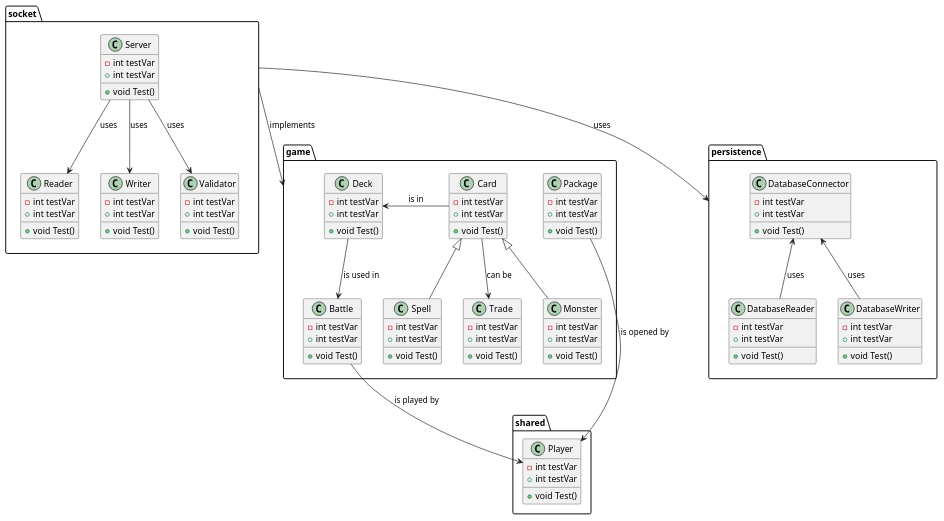
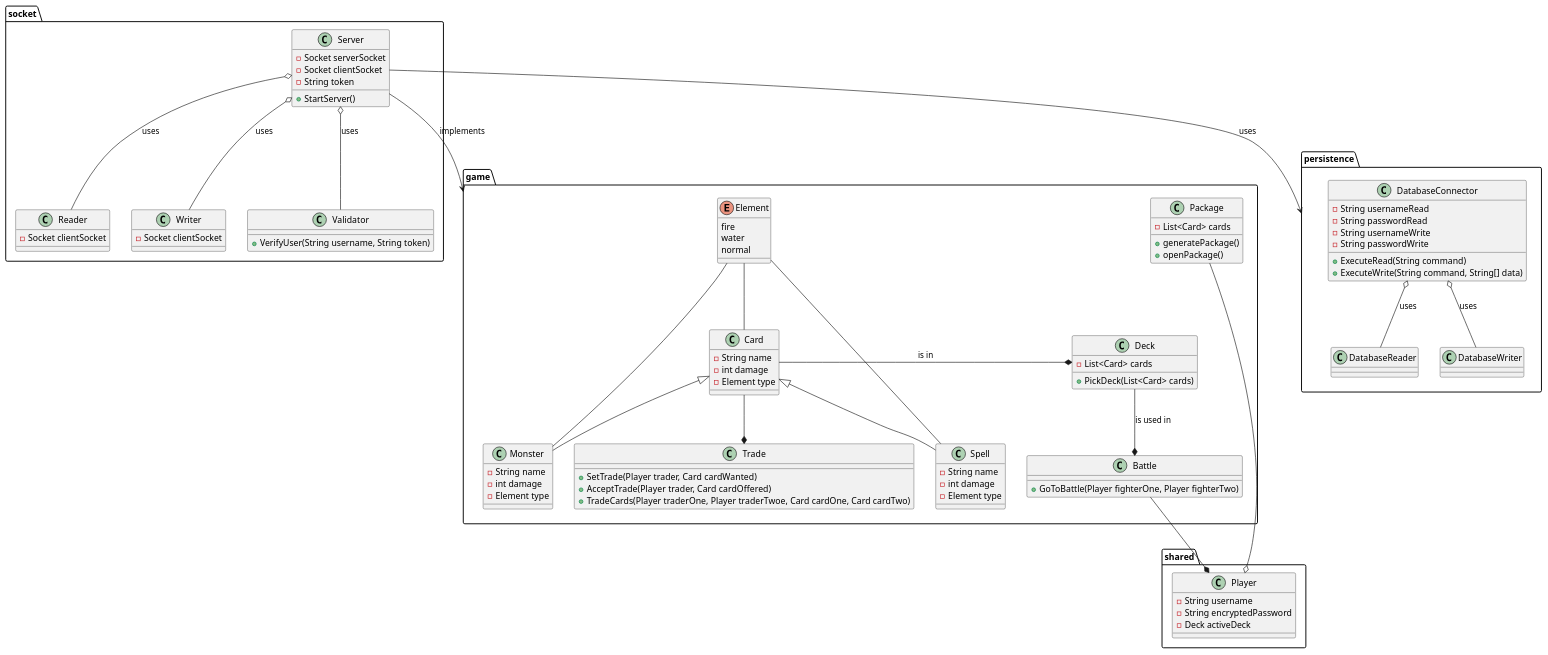
One commit to if23b126/SEM3_SWEN_MCTG changed the diagram in Klassendiagramm.puml. Above: the diagram before and after it, drawn with PlantUML. The commit also changed 1 other file, not shown here.

Commit message:
finished first draft for the class diagram

```diff
--- a/Klassendiagramm.puml
+++ b/Klassendiagramm.puml
@@ -1,118 +1,123 @@
 @startuml
 ' Defining all classes
+enum game.Element{
+    fire
+    water
+    normal
+}
+
 class game.Monster{
-    - int testVar
-    + int testVar
-    + void Test()
+    - String name
+    - int damage
+    - Element type
 }
 
 class game.Spell{
-    - int testVar
-    + int testVar
-    + void Test()
+    - String name
+    - int damage
+    - Element type
 }
 
 class game.Card{
-    - int testVar
-    + int testVar
-    + void Test()
+    - String name
+    - int damage
+    - Element type
 }
 
 class game.Package{
-    - int testVar
-    + int testVar
-    + void Test()
+    - List<Card> cards
+
+    + generatePackage()
+    + openPackage()
 }
 
 class game.Deck{
-    - int testVar
-    + int testVar
-    + void Test()
+    - List<Card> cards
+
+    + PickDeck(List<Card> cards)
 }
 
 class game.Battle{
-    - int testVar
-    + int testVar
-    + void Test()
+    + GoToBattle(Player fighterOne, Player fighterTwo)
 }
 
 class game.Trade{
-    - int testVar
-    + int testVar
-    + void Test()
+    + SetTrade(Player trader, Card cardWanted)
+    + AcceptTrade(Player trader, Card cardOffered)
+    + TradeCards(Player traderOne, Player traderTwoe, Card cardOne, Card cardTwo)
 }
 
 
 class shared.Player{
-    - int testVar
-    + int testVar
-    + void Test()
+    - String username
+    - String encryptedPassword
+    - Deck activeDeck
 }
 
 class socket.Server{
-    - int testVar
-    + int testVar
-    + void Test()
+    - Socket serverSocket
+    - Socket clientSocket
+    - String token
+
+    + StartServer()
 }
 
 class socket.Reader{
-    - int testVar
-    + int testVar
-    + void Test()
+    - Socket clientSocket
 }
 
 class socket.Writer{
-    - int testVar
-    + int testVar
-    + void Test()
+    - Socket clientSocket
 }
 
 class socket.Validator{
-    - int testVar
-    + int testVar
-    + void Test()
+    + VerifyUser(String username, String token)
 }
 
 class persistence.DatabaseConnector {
-    - int testVar
-    + int testVar
-    + void Test()
+    - String usernameRead
+    - String passwordRead
+    - String usernameWrite
+    - String passwordWrite
+
+    + ExecuteRead(String command)
+    + ExecuteWrite(String command, String[] data)
 }
 
 class persistence.DatabaseReader {
-    - int testVar
-    + int testVar
-    + void Test()
+
 }
 
 class persistence.DatabaseWriter {
-    - int testVar
-    + int testVar
-    + void Test()
+
 }
 
 ' Define all Relations
 Card <|-- Spell
 Card <|-- Monster
-Card --> Trade : can be
-Deck --> Battle : is used in
-Card -left-> Deck : is in
-Battle --> Player : is played by
-Package --> Player : is opened by
+Card --* Trade
+Deck --* Battle : is used in
+Card -left-* Deck : is in
+Battle --* Player
+Package --o Player
 
-DatabaseConnector <-- DatabaseReader: uses
-DatabaseConnector <-- DatabaseWriter: uses
+DatabaseConnector o-- DatabaseReader: uses
+DatabaseConnector o-- DatabaseWriter: uses
 
-Server --> Reader : uses
-Server --> Writer : uses
-Server --> Validator : uses
+Server o-- Reader : uses
+Server o-- Writer : uses
+Server o-- Validator : uses
 
-socket --> game : implements
-socket --> persistence : uses
+Server --> game : implements
+Server --> persistence : uses
+
+Element -- Card
+Element -- Monster
+Element -- Spell
 
 ' Monster <-- Spell
 ' User <.. Spell
 ' Package <|-- Spell
 ' Deck <|.. Spell
 
 @enduml
```
